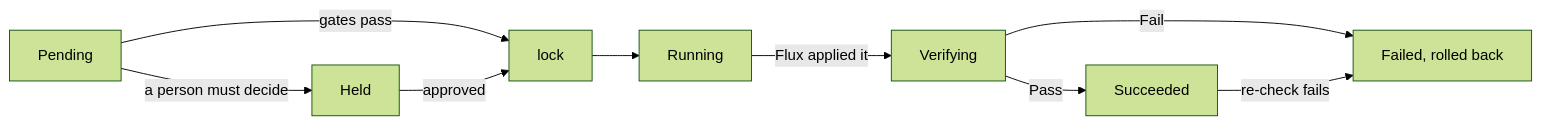
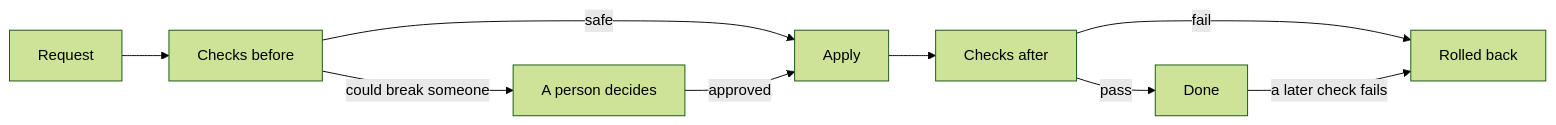
The diagram in integrations/kubernetes/docs/delivery.md (TrianaLab/pacto), drawn with Mermaid (forest theme) before and after one commit. The commit also changed other lines of this file and 10 other files, not shown here.

````diff
--- a/integrations/kubernetes/docs/delivery.md
+++ b/integrations/kubernetes/docs/delivery.md
@@ -25,11 +20,11 @@
 ```mermaid
 flowchart LR
-  P[Pending] -->|gates pass| L[lock]
-  P -->|a person must decide| H[Held]
-  H -->|approved| L
-  L --> R[Running]
-  R -->|Flux applied it| V[Verifying]
-  V -->|Pass| S[Succeeded]
-  V -->|Fail| F[Failed, rolled back]
-  S -->|re-check fails| F
+  A[Request] --> B[Checks before]
+  B -->|safe| D[Apply]
+  B -->|could break someone| C[A person decides]
+  C -->|approved| D
+  D --> E[Checks after]
+  E -->|pass| F[Done]
+  E -->|fail| G[Rolled back]
+  F -->|a later check fails| G
 ```
````
